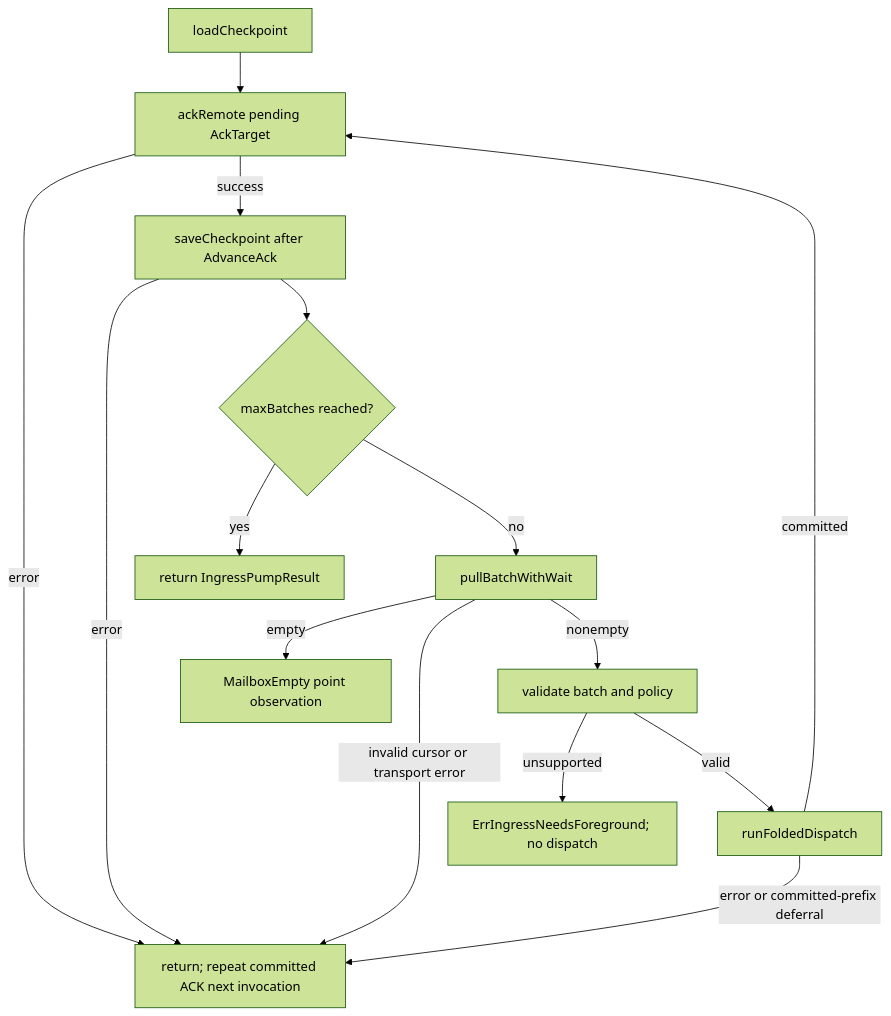
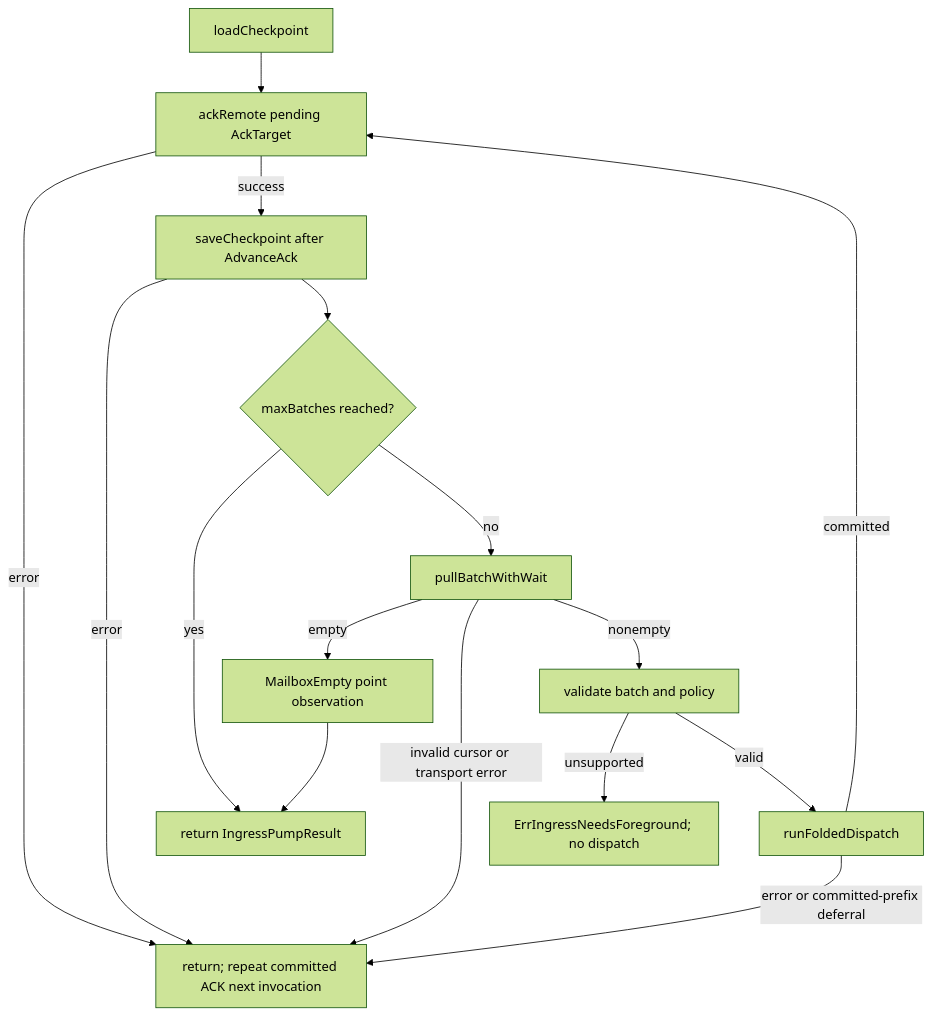
Before and after one commit to lightninglabs/wavelength: the fourth of 6 diagrams in docs/sdk-wake-ingress-architecture.md, drawn with Mermaid (forest theme). The commit also changed other lines of this file, not shown here.

````diff
--- a/docs/sdk-wake-ingress-architecture.md
+++ b/docs/sdk-wake-ingress-architecture.md
@@ -134,17 +134,18 @@
 ```mermaid
 flowchart TD
     L["loadCheckpoint"] --> A["ackRemote pending AckTarget"]
     A -- "error" --> E["return; repeat committed ACK next invocation"]
     A -- "success" --> S["saveCheckpoint after AdvanceAck"]
     S -- "error" --> E
     S --> B{"maxBatches reached?"}
     B -- "yes" --> D["return IngressPumpResult"]
     B -- "no" --> P["pullBatchWithWait"]
     P -- "empty" --> N["MailboxEmpty point observation"]
+    N --> D
     P -- "invalid cursor or transport error" --> E
     P -- "nonempty" --> V["validate batch and policy"]
     V -- "unsupported" --> F["ErrIngressNeedsForeground; no dispatch"]
     V -- "valid" --> T["runFoldedDispatch"]
     T -- "committed" --> A
     T -- "error or committed-prefix deferral" --> E
 ```
````
